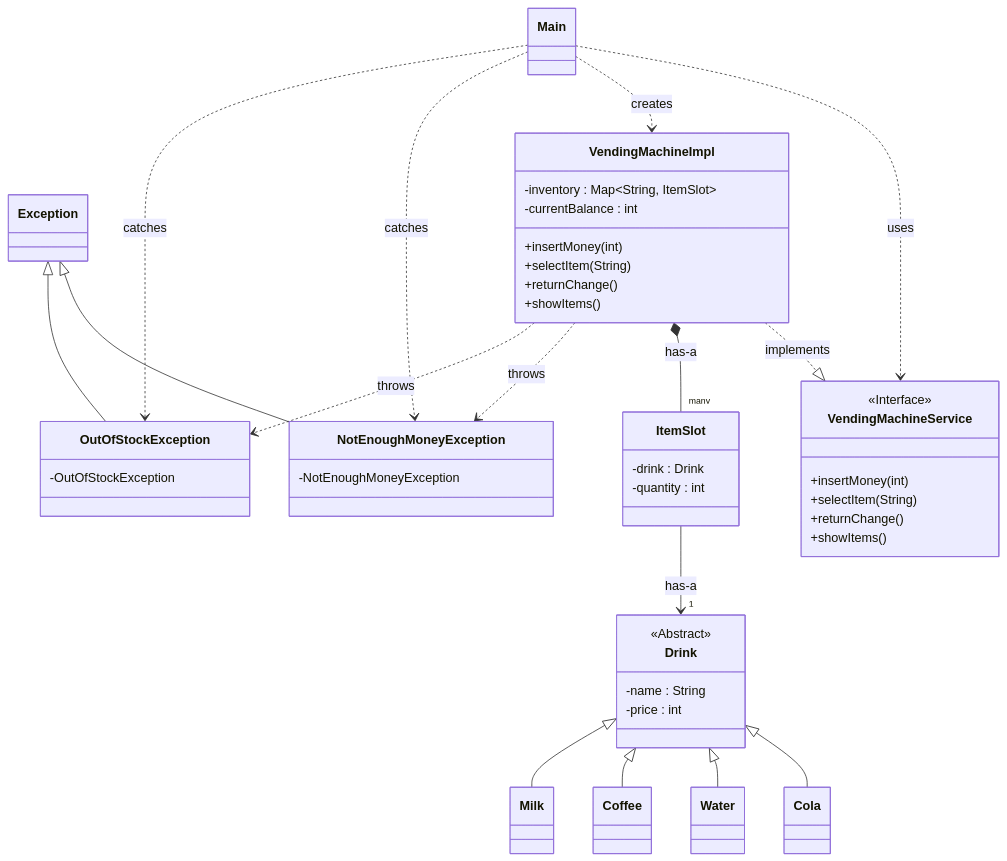
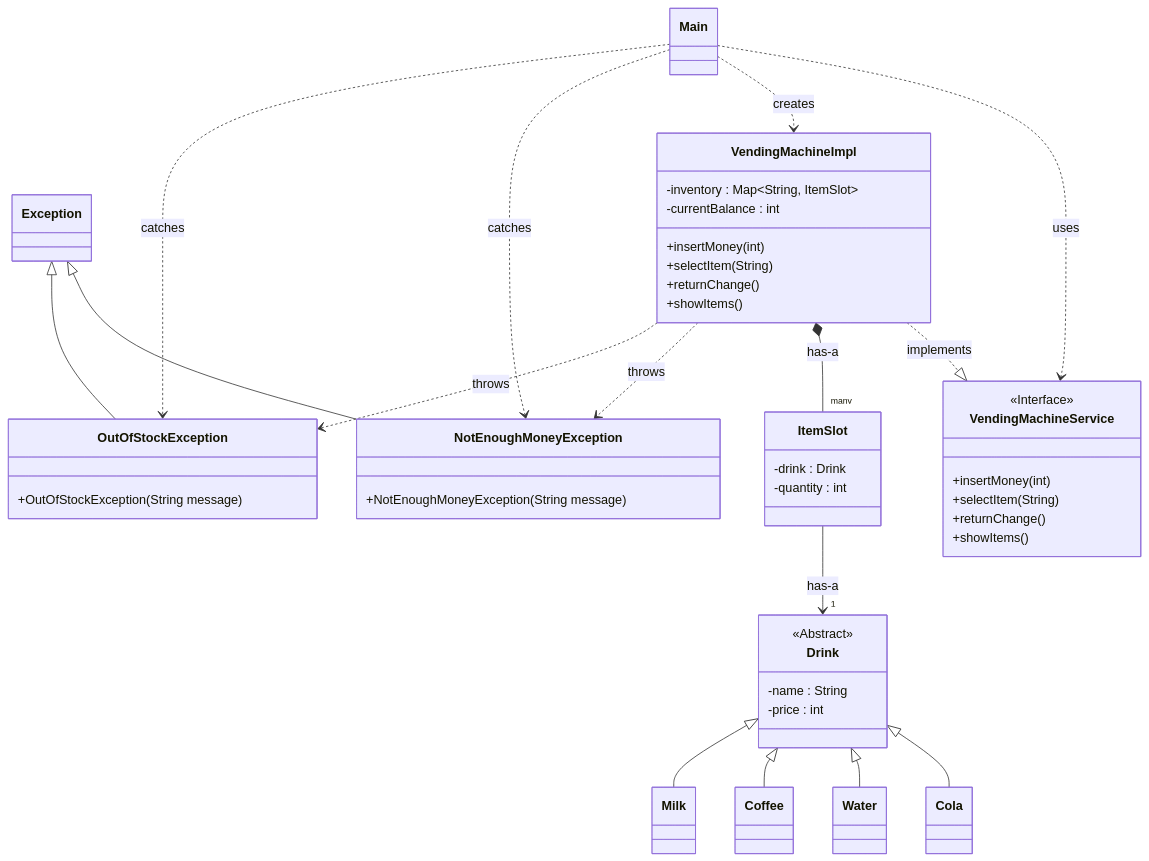
Before and after one commit to shanekang1/java-vending-machine: the diagram in README.md, drawn with Mermaid.

````diff
--- a/README.md
+++ b/README.md
@@ -25,73 +25,73 @@
 ```mermaid
 classDiagram
 
     class Main
     class Exception
     class VendingMachineService {
         <<Interface>>
         +insertMoney(int)
         +selectItem(String)
         +returnChange()
         +showItems()
     }
     class VendingMachineImpl {
         -inventory : Map~String, ItemSlot~
         -currentBalance : int
         +insertMoney(int)
         +selectItem(String)
         +returnChange()
         +showItems()
     }
     class Drink {
         <<Abstract>>
         -name : String
         -price : int
     }
     class ItemSlot {
         -drink : Drink
         -quantity : int
     }
 
     class Cola
     class Water
     class Coffee
     class Milk
     
     class NotEnoughMoneyException {
-        -NotEnoughMoneyException
-        }
+        +NotEnoughMoneyException(String message)
+    }
     class OutOfStockException {
-        -OutOfStockException
-       }
+        +OutOfStockException(String message)
+    }
     %% --- 1. Main dependency ---
     Main ..> VendingMachineService : uses
     Main ..> VendingMachineImpl : creates
     Main ..> NotEnoughMoneyException : catches
     Main ..> OutOfStockException : catches
 
     
     %% --- 2. Interface implementation ---
     VendingMachineImpl ..|> VendingMachineService : implements
 
     
     %% --- 3. Object composition (Map) ---
     VendingMachineImpl *-- "many" ItemSlot : has-a
     ItemSlot --> "1" Drink : has-a
 
     
     %% --- 4. Inheritance ---
     Drink <|-- Cola
     Drink <|-- Water
     Drink <|-- Coffee
     Drink <|-- Milk
 
     
     %% --- 5. Exception inheritance ---
     Exception <|-- NotEnoughMoneyException
     Exception <|-- OutOfStockException
 
     
     %% --- 6. Exception throwing ---
     VendingMachineImpl ..> NotEnoughMoneyException : throws
     VendingMachineImpl ..> OutOfStockException : throws
 ```
````
